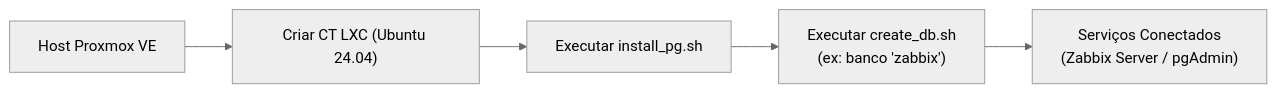
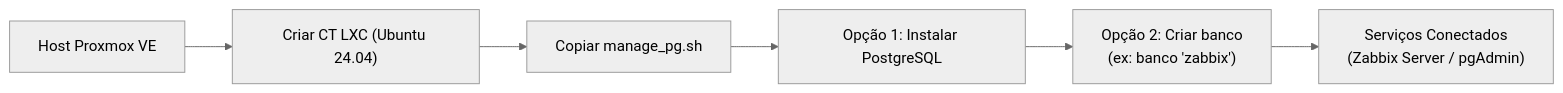
The diagram in scripts-postgres/README.md (hugllaslima/proxmox-ve-workspace), drawn with Mermaid (neutral theme) before and after one commit. The commit also changed other lines of this file, not shown here.

````diff
--- a/scripts-postgres/README.md
+++ b/scripts-postgres/README.md
@@ -232,7 +235,8 @@
 ```mermaid
 flowchart LR
     A["Host Proxmox VE"] --> B["Criar CT LXC (Ubuntu 24.04)"]
-    B --> C["Executar install_pg.sh"]
-    C --> D["Executar create_db.sh\n(ex: banco 'zabbix')"]
-    D --> E["Serviços Conectados\n(Zabbix Server / pgAdmin)"]
+    B --> C["Copiar manage_pg.sh"]
+    C --> D["Opção 1: Instalar PostgreSQL"]
+    D --> E["Opção 2: Criar banco\n(ex: banco 'zabbix')"]
+    E --> F["Serviços Conectados\n(Zabbix Server / pgAdmin)"]
 ```
````
